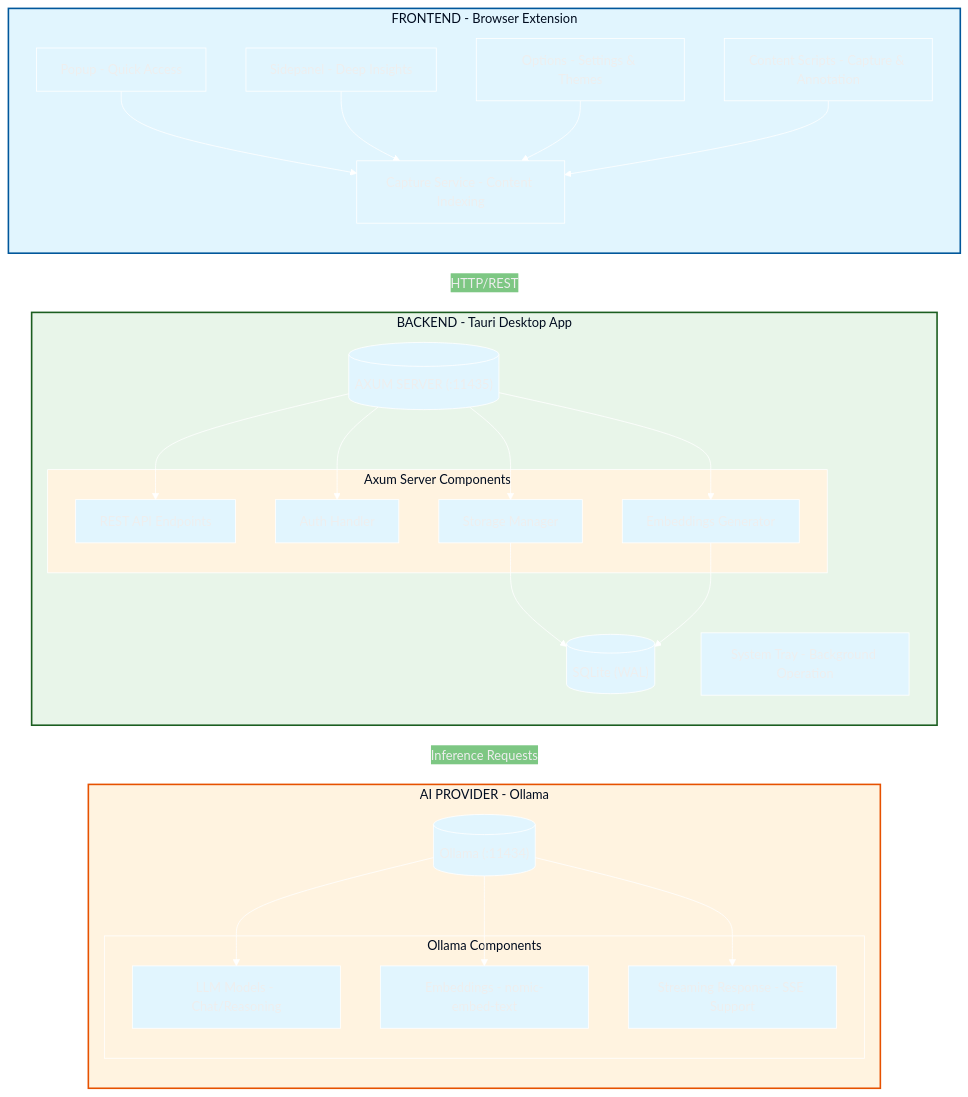
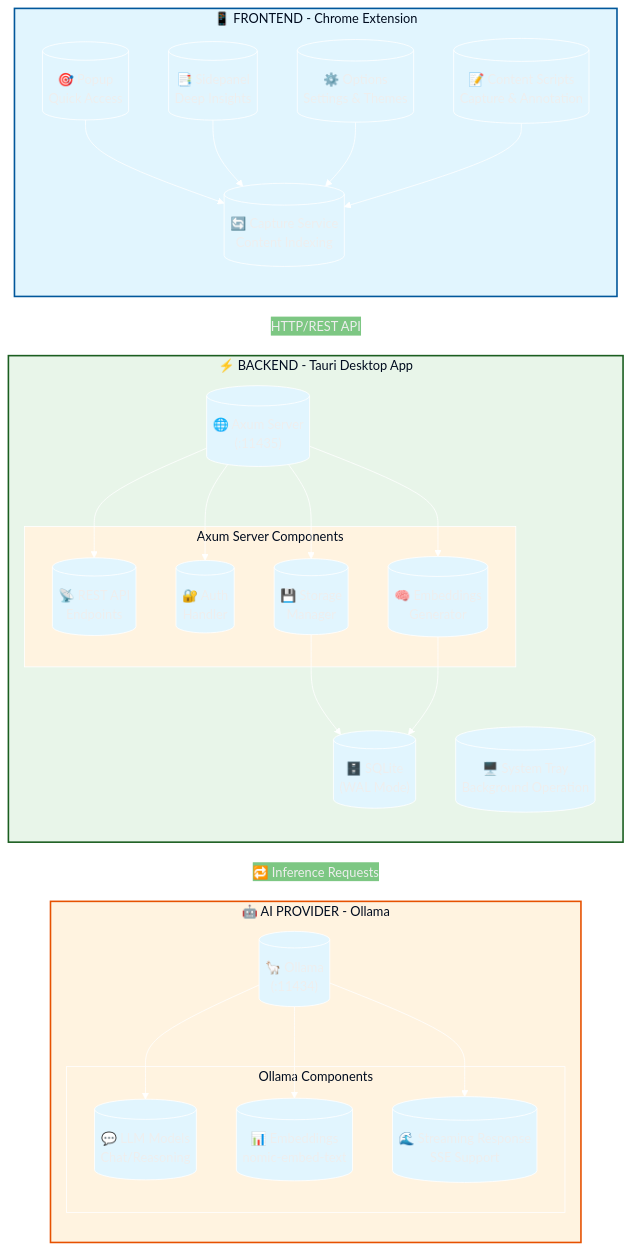
One commit to Flaxmbot/Second-Brain changed the diagram in README.md. Above: the diagram before and after it, drawn with Mermaid. The commit also changed other lines of this file and 1 other file, not shown here.

````diff
--- a/README.md
+++ b/README.md
@@ -77,63 +80,63 @@
 ```mermaid
 %%{init: {'theme': 'base', 'themeVariables': { 'darkMode': true, 'background': 'transparent', 'primaryColor': '#e1f5fe', 'lineColor': '#ffffff', 'secondaryColor': '#e8f5e9', 'tertiaryColor': '#fff3e0'}}}%%
 flowchart TB
-    subgraph Frontend["FRONTEND - Browser Extension"]
+    subgraph Frontend["📱 FRONTEND - Chrome Extension"]
         direction TB
-        popup[Popup - Quick Access]
-        sidepanel[Sidepanel - Deep Insights]
-        options[Options - Settings & Themes]
-        content[Content Scripts - Capture & Annotation]
-        capture[Capture Service - Content Indexing]
+        popup[("🎯 Popup<br/>Quick Access")]
+        sidepanel[("📑 Sidepanel<br/>Deep Insights")]
+        options[("⚙️ Options<br/>Settings & Themes")]
+        content[("📝 Content Scripts<br/>Capture & Annotation")]
+        capture[("🔄 Capture Service<br/>Content Indexing")]
         
         popup --> capture
         sidepanel --> capture
         options --> capture
         content --> capture
     end
     
-    Frontend -->|"HTTP/REST"| Backend["BACKEND - Tauri Desktop App"]
+    Frontend -->|"HTTP/REST API"| Backend["⚡ BACKEND - Tauri Desktop App"]
     
-    subgraph Backend["BACKEND - Tauri Desktop App"]
+    subgraph Backend["⚡ BACKEND - Tauri Desktop App"]
         direction TB
-        axum[("AXUM SERVER (:11435)")]
+        axum[("🌐 Axum Server<br/>(:11435)")]
         
         subgraph Axum["Axum Server Components"]
-            rest[REST API Endpoints]
-            auth[Auth Handler]
-            storage[Storage Manager]
-            embeddings[Embeddings Generator]
+            rest[("📡 REST API<br/>Endpoints")]
+            auth[("🔐 Auth<br/>Handler")]
+            storage[("💾 Storage<br/>Manager")]
+            embeddings[("🧠 Embeddings<br/>Generator")]
         end
         
         axum --> rest
         axum --> auth
         axum --> storage
         axum --> embeddings
         
-        tray[System Tray - Background Operation]
-        db[("SQLite (WAL)")]
+        tray[("🖥️ System Tray<br/>Background Operation")]
+        db[("🗄️ SQLite<br/>(WAL Mode)")]
         
         storage --> db
         embeddings --> db
     end
     
-    Backend -->|"Inference Requests"| Ollama["AI PROVIDER - Ollama"]
+    Backend -->|"🔁 Inference Requests"| Ollama["🤖 AI PROVIDER - Ollama"]
     
-    subgraph Ollama["AI PROVIDER - Ollama"]
+    subgraph Ollama["🤖 AI PROVIDER - Ollama"]
         direction TB
-        ollama[("Ollama (:11434)")]
+        ollama[("🦙 Ollama<br/>(:11434)")]
         
         subgraph OllamaComp["Ollama Components"]
-            llm[LLM Models - Chat/Reasoning]
-            emb[Embeddings - nomic-embed-text]
-            stream[Streaming Response - SSE Support]
+            llm[("💬 LLM Models<br/>Chat/Reasoning")]
+            emb[("📊 Embeddings<br/>nomic-embed-text")]
+            stream[("🌊 Streaming Response<br/>SSE Support")]
         end
         
         ollama --> llm
         ollama --> emb
         ollama --> stream
     end
     
     style Frontend fill:#e1f5fe,stroke:#01579b,stroke-width:2px
     style Backend fill:#e8f5e9,stroke:#1b5e20,stroke-width:2px
     style Ollama fill:#fff3e0,stroke:#e65100,stroke-width:2px
 ```
````
